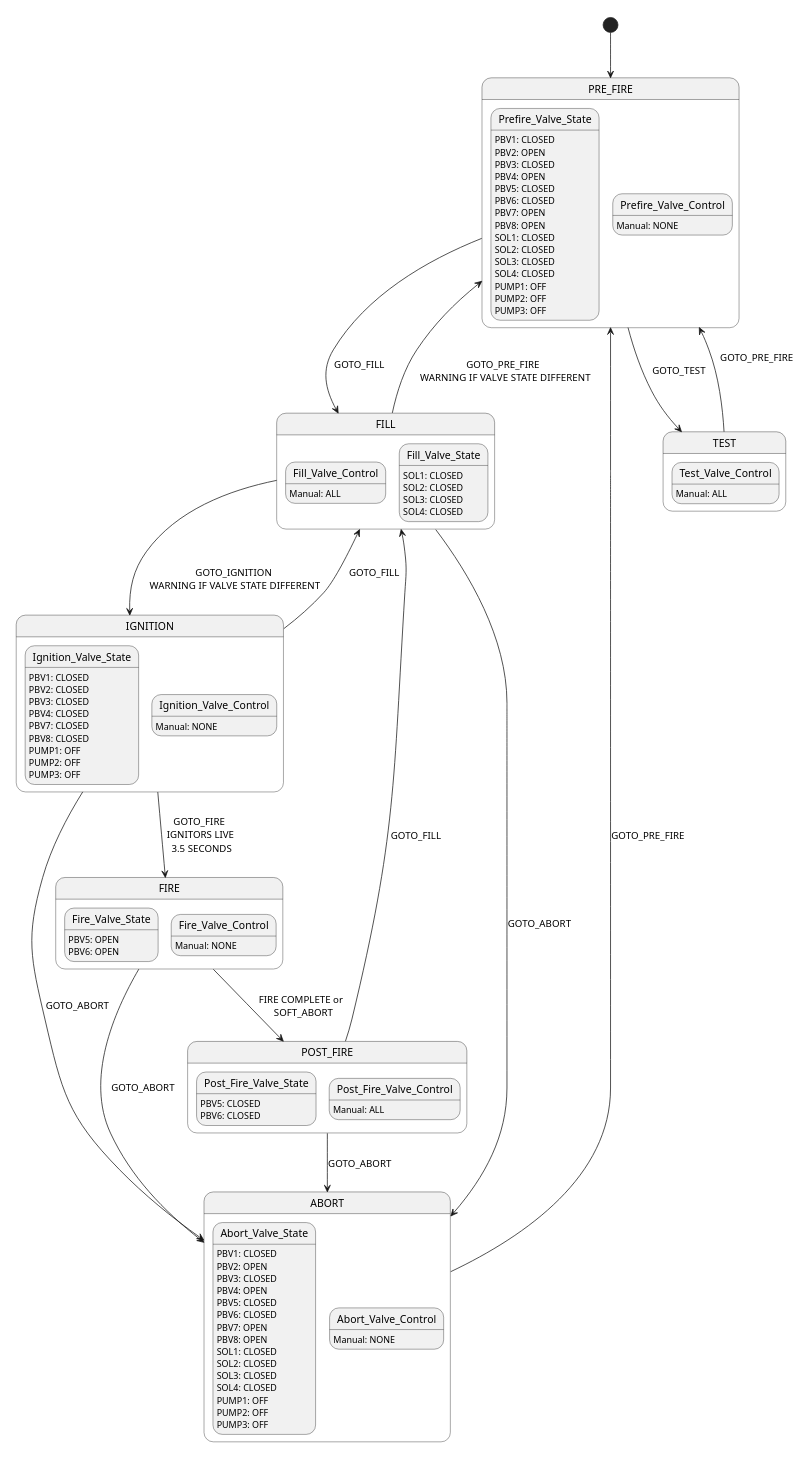
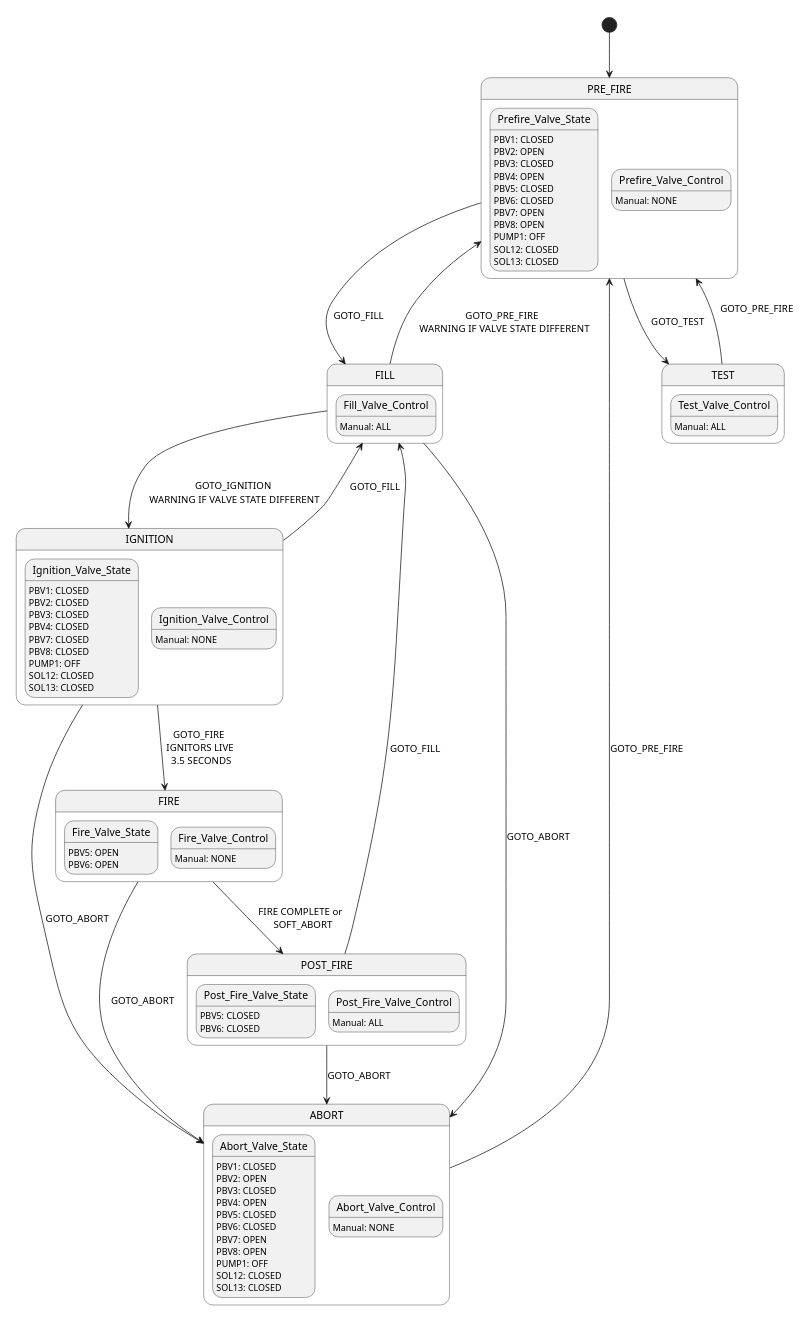
Before and after one commit to Bio-Rocket/LabJack: the diagram in stateMachine.plantuml, drawn with PlantUML.

Commit message:
removing sol1,2,3,4 adding 12,13

```diff
--- a/stateMachine.plantuml
+++ b/stateMachine.plantuml
@@ -1,106 +1,93 @@
 @startuml stateMachine
 scale 500 width
 [*] --> PRE_FIRE
 PRE_FIRE --> FILL : GOTO_FILL \n
 PRE_FIRE --> TEST : GOTO_TEST
 FILL --> IGNITION : \n GOTO_IGNITION \n WARNING IF VALVE STATE DIFFERENT
 FILL --> ABORT : GOTO_ABORT
 FILL --> PRE_FIRE : GOTO_PRE_FIRE \n WARNING IF VALVE STATE DIFFERENT
 IGNITION --> FIRE : GOTO_FIRE \n IGNITORS LIVE \n 3.5 SECONDS
 IGNITION --> ABORT : GOTO_ABORT
 IGNITION --> FILL : GOTO_FILL
 FIRE --> ABORT : GOTO_ABORT
 FIRE --> POST_FIRE : FIRE COMPLETE or \n SOFT_ABORT
 POST_FIRE --> FILL : GOTO_FILL
 POST_FIRE --> ABORT : GOTO_ABORT
 ABORT --> PRE_FIRE : GOTO_PRE_FIRE
 TEST --> PRE_FIRE : GOTO_PRE_FIRE \n\n
  
 state PRE_FIRE {
   state Prefire_Valve_State: PBV1: CLOSED
   state Prefire_Valve_State: PBV2: OPEN
   state Prefire_Valve_State: PBV3: CLOSED
   state Prefire_Valve_State: PBV4: OPEN
   state Prefire_Valve_State: PBV5: CLOSED
   state Prefire_Valve_State: PBV6: CLOSED
   state Prefire_Valve_State: PBV7: OPEN
   state Prefire_Valve_State: PBV8: OPEN
-  state Prefire_Valve_State: SOL1: CLOSED
-  state Prefire_Valve_State: SOL2: CLOSED
-  state Prefire_Valve_State: SOL3: CLOSED
-  state Prefire_Valve_State: SOL4: CLOSED
   state Prefire_Valve_State: PUMP1: OFF
-  state Prefire_Valve_State: PUMP2: OFF
-  state Prefire_Valve_State: PUMP3: OFF
+  state Prefire_Valve_State: SOL12: CLOSED
+  state Prefire_Valve_State: SOL13: CLOSED
  
   state Prefire_Valve_Control
   state Prefire_Valve_Control: Manual: NONE
 }
  
 state FILL {
   state Fill_Valve_Control
   state Fill_Valve_Control: Manual: ALL
-
-  state Fill_Valve_State: SOL1: CLOSED
-  state Fill_Valve_State: SOL2: CLOSED
-  state Fill_Valve_State: SOL3: CLOSED
-  state Fill_Valve_State: SOL4: CLOSED
 }
  
 state IGNITION {
   state Ignition_Valve_State: PBV1: CLOSED
   state Ignition_Valve_State: PBV2: CLOSED
   state Ignition_Valve_State: PBV3: CLOSED
   state Ignition_Valve_State: PBV4: CLOSED
   state Ignition_Valve_State: PBV7: CLOSED
   state Ignition_Valve_State: PBV8: CLOSED
   state Ignition_Valve_State: PUMP1: OFF
-  state Ignition_Valve_State: PUMP2: OFF
-  state Ignition_Valve_State: PUMP3: OFF
+  state Ignition_Valve_State: SOL12: CLOSED
+  state Ignition_Valve_State: SOL13: CLOSED
 
   state Ignition_Valve_Control
   state Ignition_Valve_Control: Manual: NONE
 }
  
 state FIRE {
   state Fire_Valve_State: PBV5: OPEN
   state Fire_Valve_State: PBV6: OPEN
 
   state Fire_Valve_Control
   state Fire_Valve_Control: Manual: NONE
 }
 
 state POST_FIRE {
   state Post_Fire_Valve_State: PBV5: CLOSED
   state Post_Fire_Valve_State: PBV6: CLOSED
 
   state Post_Fire_Valve_Control
   state Post_Fire_Valve_Control: Manual: ALL
 } 
  
 state ABORT {
   state Abort_Valve_State: PBV1: CLOSED
   state Abort_Valve_State: PBV2: OPEN
   state Abort_Valve_State: PBV3: CLOSED
   state Abort_Valve_State: PBV4: OPEN
   state Abort_Valve_State: PBV5: CLOSED
   state Abort_Valve_State: PBV6: CLOSED
   state Abort_Valve_State: PBV7: OPEN
   state Abort_Valve_State: PBV8: OPEN
-  state Abort_Valve_State: SOL1: CLOSED
-  state Abort_Valve_State: SOL2: CLOSED
-  state Abort_Valve_State: SOL3: CLOSED
-  state Abort_Valve_State: SOL4: CLOSED
   state Abort_Valve_State: PUMP1: OFF
-  state Abort_Valve_State: PUMP2: OFF
-  state Abort_Valve_State: PUMP3: OFF
+  state Abort_Valve_State: SOL12: CLOSED
+  state Abort_Valve_State: SOL13: CLOSED
  
   state Abort_Valve_Control
   state Abort_Valve_Control: Manual: NONE
 }
  
 state TEST {
   state Test_Valve_Control
   state Test_Valve_Control: Manual: ALL
 }
 @enduml
```
